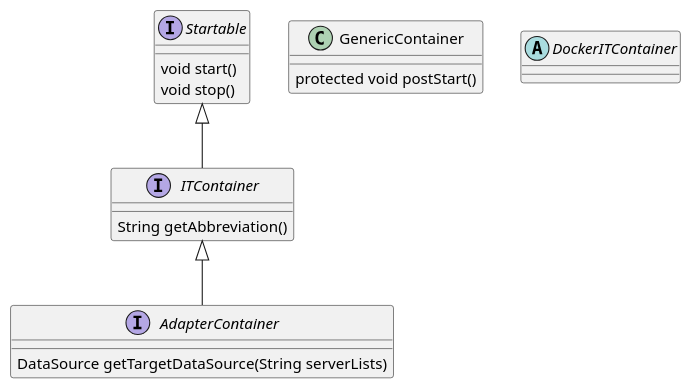
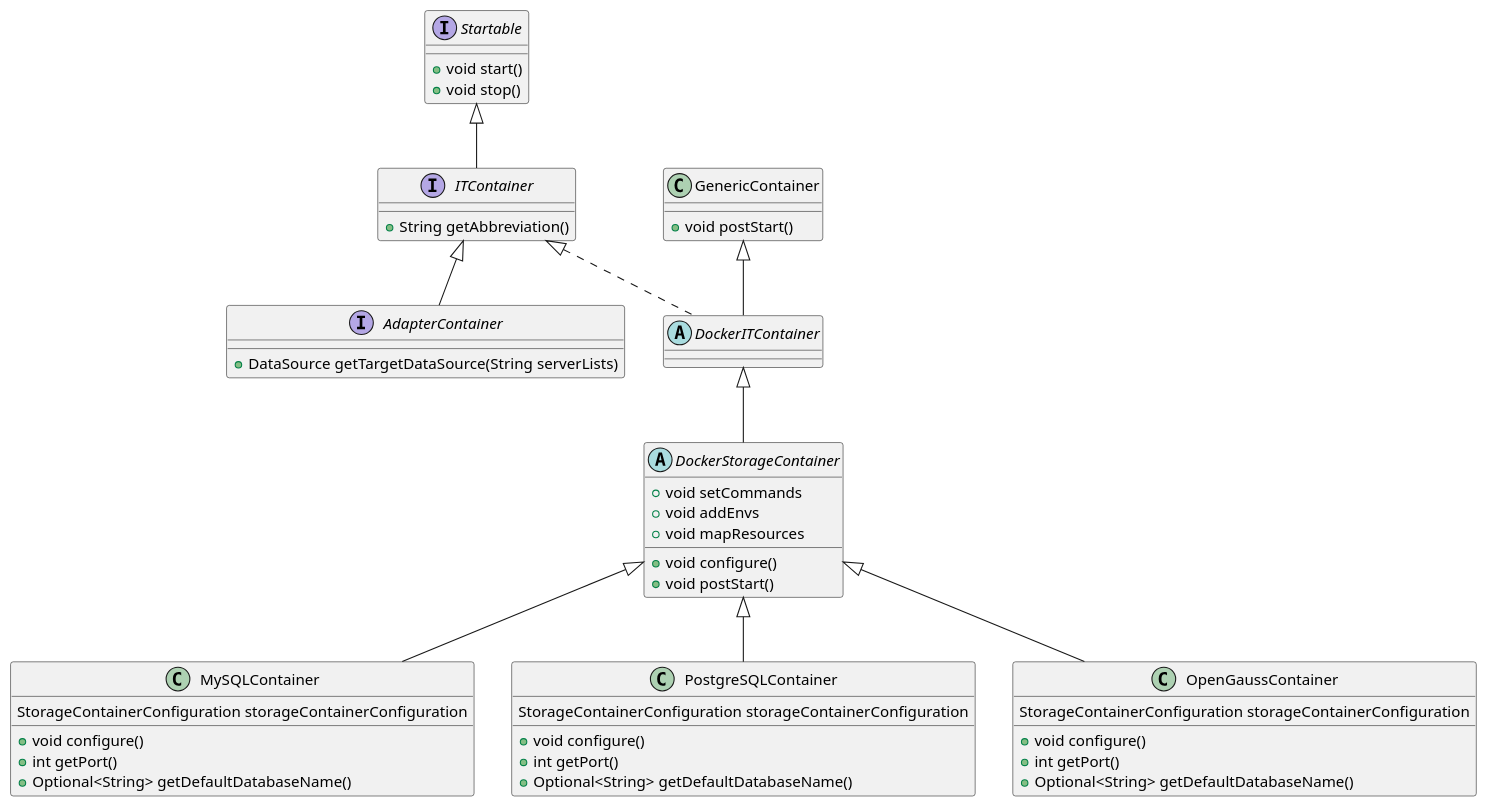
Before and after one commit to taojintianxia/github-action-codecov: the diagram in shardingsphere/it-refactor/Container.puml, drawn with PlantUML.

Commit message:
Add : add other container

```diff
--- a/shardingsphere/it-refactor/Container.puml
+++ b/shardingsphere/it-refactor/Container.puml
@@ -1,30 +1,63 @@
 @startuml
 'https://plantuml.com/class-diagram
 
 interface Startable {
-    void start()
-    void stop()
+    +void start()
+    +void stop()
 }
 
 interface ITContainer {
-    String getAbbreviation()
+    +String getAbbreviation()
 }
 
 interface AdapterContainer {
-    DataSource getTargetDataSource(String serverLists)
+    +DataSource getTargetDataSource(String serverLists)
 }
 
 class GenericContainer {
-    protected void postStart()
+    +void postStart()
 }
 
 abstract DockerITContainer
 
+abstract DockerStorageContainer {
+    +void configure()
+    +void setCommands
+    +void addEnvs
+    +void mapResources
+    +void postStart()
+}
 
- 
+class MySQLContainer {
+    StorageContainerConfiguration storageContainerConfiguration
+    +void configure()
+    +int getPort()
+    +Optional<String> getDefaultDatabaseName()
+}
+
+class PostgreSQLContainer {
+    StorageContainerConfiguration storageContainerConfiguration
+    +void configure()
+    +int getPort()
+    +Optional<String> getDefaultDatabaseName()
+}
+
+class OpenGaussContainer {
+    StorageContainerConfiguration storageContainerConfiguration
+    +void configure()
+    +int getPort()
+    +Optional<String> getDefaultDatabaseName()
+}
 
 Startable <|-- ITContainer
 ITContainer <|-- AdapterContainer
+GenericContainer <|-- DockerITContainer
+ITContainer <|.. DockerITContainer
 
+DockerITContainer <|-- DockerStorageContainer
+
+DockerStorageContainer <|-- MySQLContainer
+DockerStorageContainer <|-- PostgreSQLContainer
+DockerStorageContainer <|-- OpenGaussContainer
 
 @enduml
```
